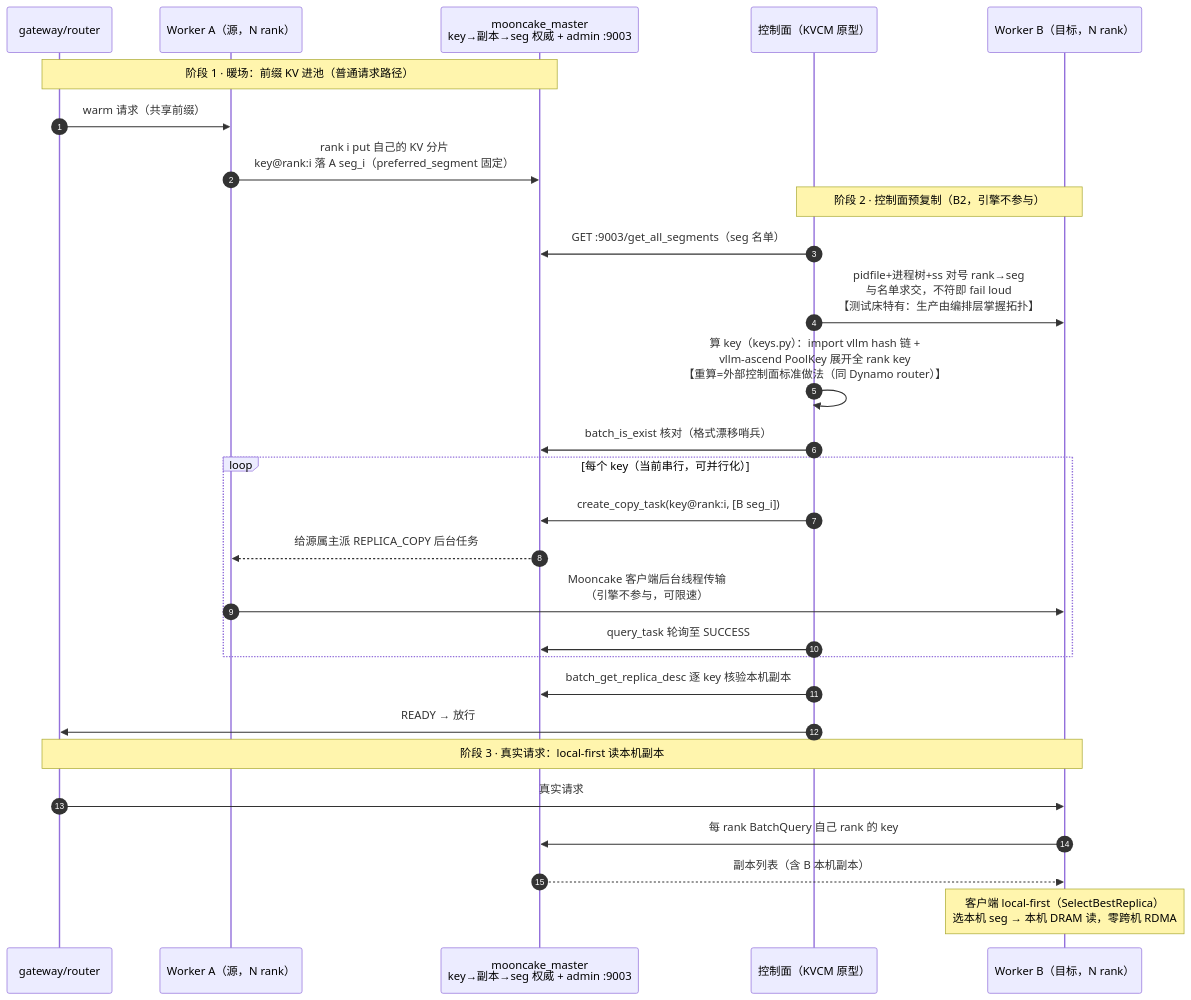
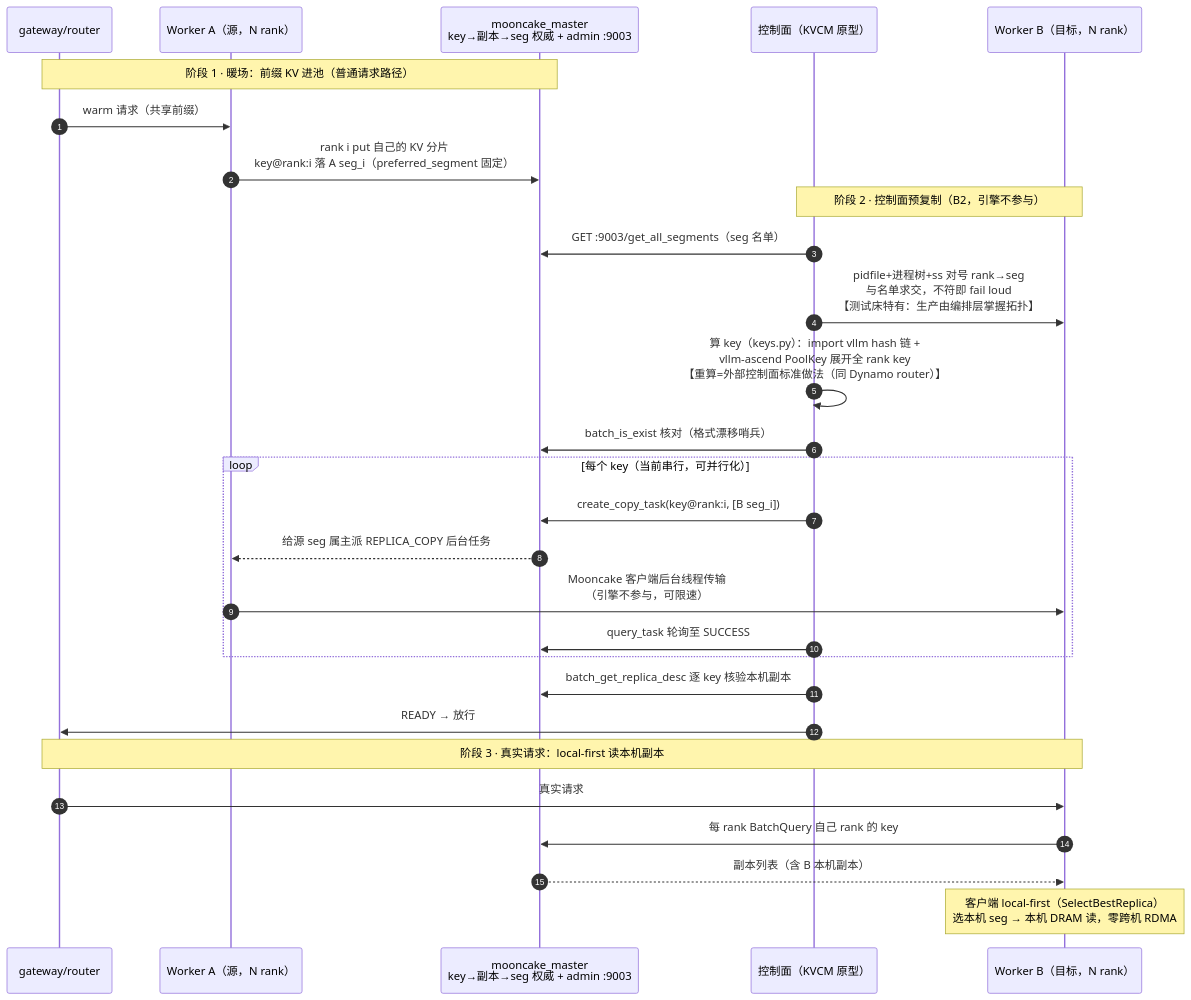
One commit to 5x8-40/lake changed the first of 2 diagrams in kvcm/README.md. Above: the diagram before and after it, drawn with Mermaid. The commit also changed other lines of this file and 5 other files, not shown here.

````diff
--- a/kvcm/README.md
+++ b/kvcm/README.md
@@ -192,33 +192,33 @@
 ```mermaid
 sequenceDiagram
     autonumber
     participant G as gateway/router
     participant A as Worker A（源，N rank）
     participant M as mooncake_master<br/>key→副本→seg 权威 + admin :9003
     participant CP as 控制面（KVCM 原型）
     participant B as Worker B（目标，N rank）
 
     Note over G,M: 阶段 1 · 暖场：前缀 KV 进池（普通请求路径）
     G->>A: warm 请求（共享前缀）
     A->>M: rank i put 自己的 KV 分片<br/>key@rank:i 落 A seg_i（preferred_segment 固定）
 
     Note over CP,B: 阶段 2 · 控制面预复制（B2，引擎不参与）
     CP->>M: GET :9003/get_all_segments（seg 名单）
     CP->>B: pidfile+进程树+ss 对号 rank→seg<br/>与名单求交，不符即 fail loud<br/>【测试床特有：生产由编排层掌握拓扑】
     CP->>CP: 算 key（keys.py）：import vllm hash 链 +<br/>vllm-ascend PoolKey 展开全 rank key<br/>【重算=外部控制面标准做法（同 Dynamo router）】
     CP->>M: batch_is_exist 核对（格式漂移哨兵）
     loop 每个 key（当前串行，可并行化）
         CP->>M: create_copy_task(key@rank:i, [B seg_i])
-        M-->>A: 给源属主派 REPLICA_COPY 后台任务
+        M-->>A: 给源 seg 属主派 REPLICA_COPY 后台任务
         A->>B: Mooncake 客户端后台线程传输<br/>（引擎不参与，可限速）
         CP->>M: query_task 轮询至 SUCCESS
     end
     CP->>M: batch_get_replica_desc 逐 key 核验本机副本
     CP->>G: READY → 放行
 
     Note over G,B: 阶段 3 · 真实请求：local-first 读本机副本
     G->>B: 真实请求
     B->>M: 每 rank BatchQuery 自己 rank 的 key
     M-->>B: 副本列表（含 B 本机副本）
     Note over B: 客户端 local-first（SelectBestReplica）<br/>选本机 seg → 本机 DRAM 读，零跨机 RDMA
 ```
````
